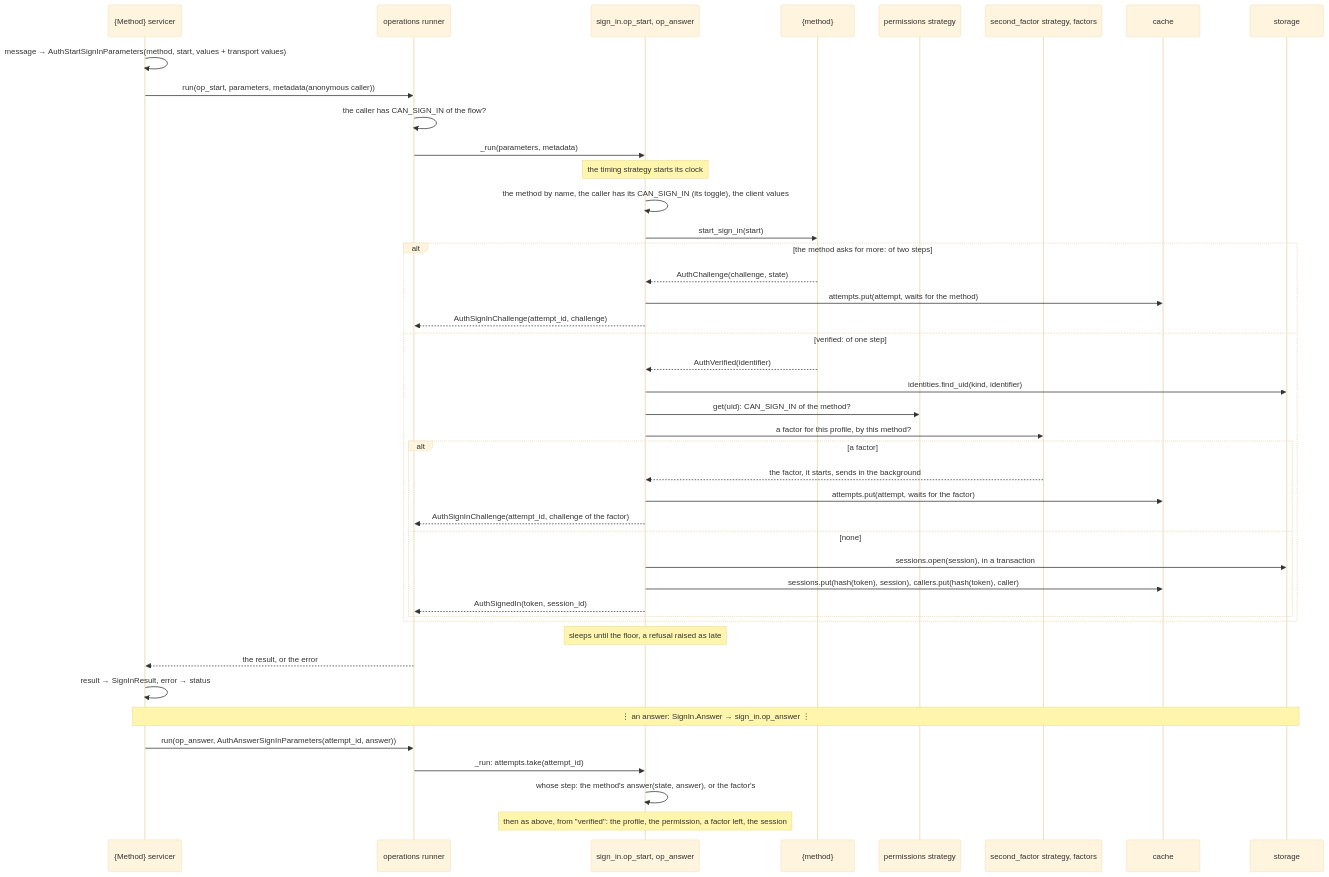
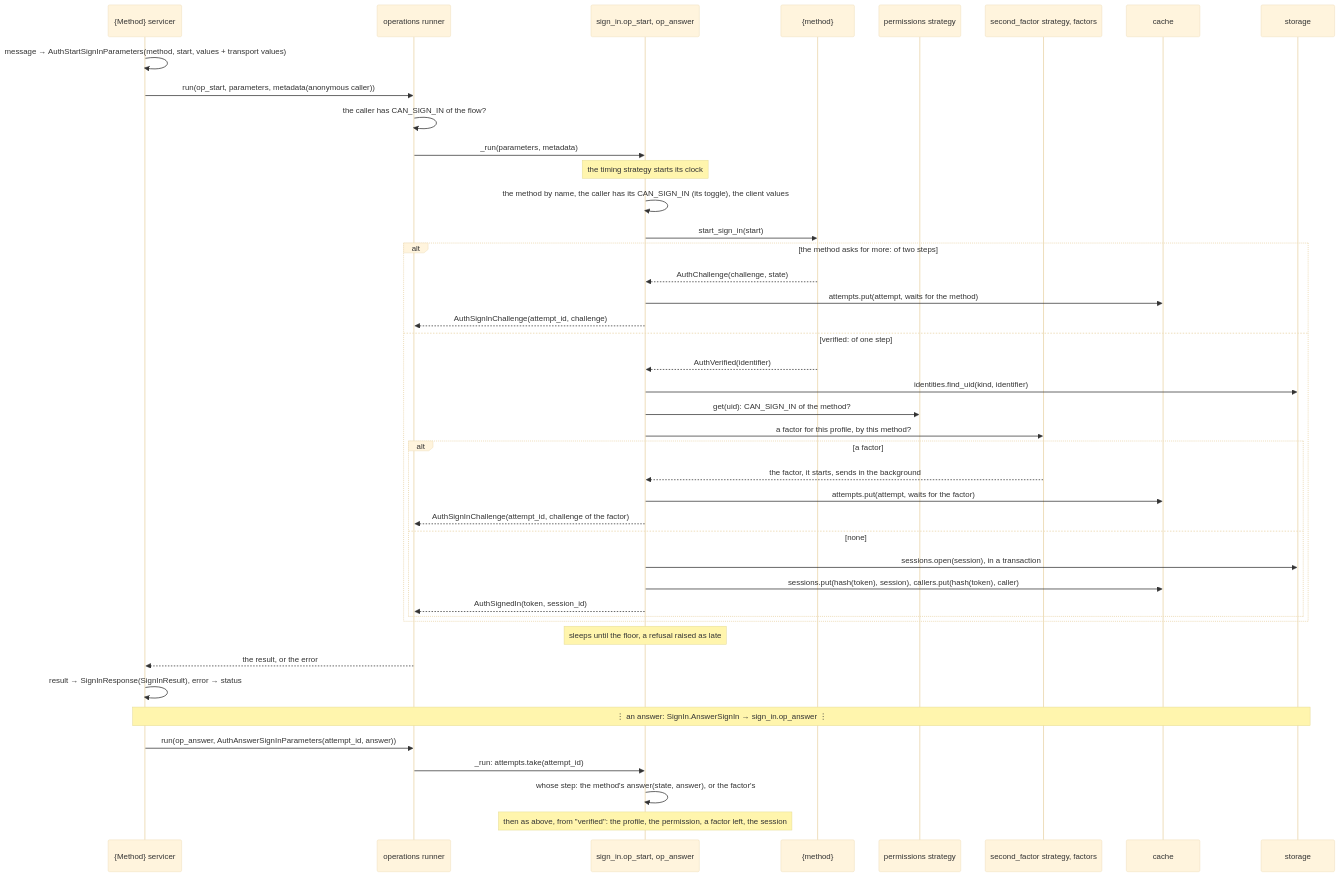
The third of 4 diagrams in docs/design/auth/methods/README.md (ak-ingots/ingots-libs), drawn with Mermaid (base theme) before and after one commit. The commit also changed other lines of this file and 5 other files, not shown here.

````diff
--- a/docs/design/auth/methods/README.md
+++ b/docs/design/auth/methods/README.md
@@ -223,45 +223,45 @@
 ```mermaid
 sequenceDiagram
     participant Servicer as {Method} servicer
     participant Runner as operations runner
     participant Flow as sign_in.op_start, op_answer
     participant Method as {method}
     participant Perms as permissions strategy
     participant Factor as second_factor strategy, factors
     participant Cache as cache
     participant Storage as storage
     Servicer->>Servicer: message → AuthStartSignInParameters(method, start, values + transport values)
     Servicer->>Runner: run(op_start, parameters, metadata(anonymous caller))
     Runner->>Runner: the caller has CAN_SIGN_IN of the flow?
     Runner->>Flow: _run(parameters, metadata)
     Note over Flow: the timing strategy starts its clock
     Flow->>Flow: the method by name, the caller has its CAN_SIGN_IN (its toggle), the client values
     Flow->>Method: start_sign_in(start)
     alt the method asks for more: of two steps
         Method-->>Flow: AuthChallenge(challenge, state)
         Flow->>Cache: attempts.put(attempt, waits for the method)
         Flow-->>Runner: AuthSignInChallenge(attempt_id, challenge)
     else verified: of one step
         Method-->>Flow: AuthVerified(identifier)
         Flow->>Storage: identities.find_uid(kind, identifier)
         Flow->>Perms: get(uid): CAN_SIGN_IN of the method?
         Flow->>Factor: a factor for this profile, by this method?
         alt a factor
             Factor-->>Flow: the factor, it starts, sends in the background
             Flow->>Cache: attempts.put(attempt, waits for the factor)
             Flow-->>Runner: AuthSignInChallenge(attempt_id, challenge of the factor)
         else none
             Flow->>Storage: sessions.open(session), in a transaction
             Flow->>Cache: sessions.put(hash(token), session), callers.put(hash(token), caller)
             Flow-->>Runner: AuthSignedIn(token, session_id)
         end
     end
     Note over Flow: sleeps until the floor, a refusal raised as late
     Runner-->>Servicer: the result, or the error
-    Servicer->>Servicer: result → SignInResult, error → status
-    Note over Servicer,Storage: ⋮ an answer: SignIn.Answer → sign_in.op_answer ⋮
+    Servicer->>Servicer: result → SignInResponse(SignInResult), error → status
+    Note over Servicer,Storage: ⋮ an answer: SignIn.AnswerSignIn → sign_in.op_answer ⋮
     Servicer->>Runner: run(op_answer, AuthAnswerSignInParameters(attempt_id, answer))
     Runner->>Flow: _run: attempts.take(attempt_id)
     Flow->>Flow: whose step: the method's answer(state, answer), or the factor's
     Note over Flow: then as above, from "verified": the profile, the permission, a factor left, the session
 ```
````
